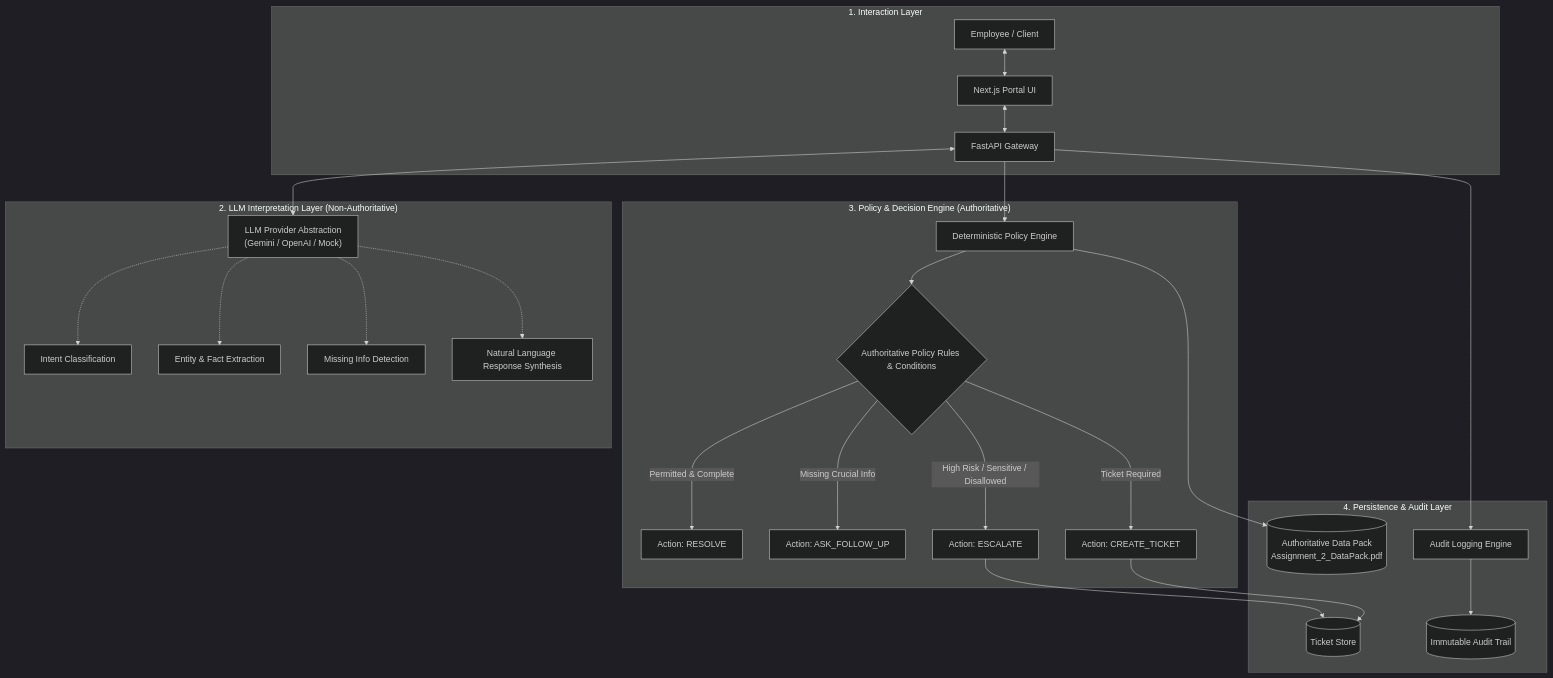
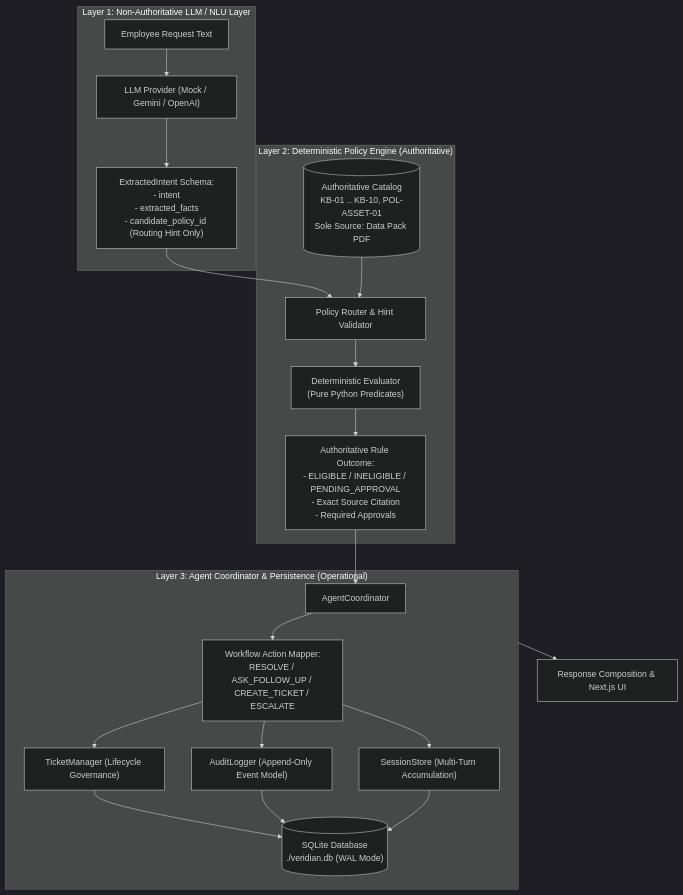
Before and after one commit to Prince9871-dev/VeridianAgent: the first of 2 diagrams in docs/ARCHITECTURE.md, drawn with Mermaid (dark theme). The commit also changed other lines of this file and 23 other files, not shown here.

Commit message:
feat: complete Veridian Assist internal service agent

````diff
--- a/docs/ARCHITECTURE.md
+++ b/docs/ARCHITECTURE.md
@@ -16,32 +22,27 @@
 ```mermaid
 graph TD
-    subgraph EmployeeInteractionLayer ["1. Interaction Layer"]
-        Employee["Employee / Client"] <--> Frontend["Next.js Portal UI"]
-        Frontend <--> API["FastAPI Gateway"]
+    subgraph Layer1 ["Layer 1: Non-Authoritative LLM / NLU Layer"]
+        EmployeeMsg["Employee Request Text"] --> LLMProvider["LLM Provider (Mock / Gemini / OpenAI)"]
+        LLMProvider --> ExtractedIntent["ExtractedIntent Schema:<br/>- intent<br/>- extracted_facts<br/>- candidate_policy_id (Routing Hint Only)"]
     end
 
-    subgraph LLMInterpretationLayer ["2. LLM Interpretation Layer (Non-Authoritative)"]
-        API <--> LLM["LLM Provider Abstraction<br/>(Gemini / OpenAI / Mock)"]
-        LLM -.-> Intent["Intent Classification"]
-        LLM -.-> Extraction["Entity & Fact Extraction"]
-        LLM -.-> Missing["Missing Info Detection"]
-        LLM -.-> NLSynthesis["Natural Language Response Synthesis"]
+    subgraph Layer2 ["Layer 2: Deterministic Policy Engine (Authoritative)"]
+        ExtractedIntent --> PolicyRouter["Policy Router & Hint Validator"]
+        PolicyCatalog[("Authoritative Catalog<br/>KB-01 .. KB-10, POL-ASSET-01<br/>Sole Source: Data Pack PDF")] --> PolicyRouter
+        PolicyRouter --> Evaluator["Deterministic Evaluator<br/>(Pure Python Predicates)"]
+        Evaluator --> Outcome["Authoritative Rule Outcome:<br/>- ELIGIBLE / INELIGIBLE / PENDING_APPROVAL<br/>- Exact Source Citation<br/>- Required Approvals"]
     end
 
-    subgraph PolicyDecisionLayer ["3. Policy & Decision Engine (Authoritative)"]
-        API --> Engine["Deterministic Policy Engine"]
-        Engine --> RuleCheck{"Authoritative Policy Rules & Conditions"}
-        RuleCheck -->|"Permitted & Complete"| ActResolve["Action: RESOLVE"]
-        RuleCheck -->|"Missing Crucial Info"| ActFollowUp["Action: ASK_FOLLOW_UP"]
-        RuleCheck -->|"High Risk / Sensitive / Disallowed"| ActEscalate["Action: ESCALATE"]
-        RuleCheck -->|"Ticket Required"| ActTicket["Action: CREATE_TICKET"]
+    subgraph Layer3 ["Layer 3: Agent Coordinator & Persistence (Operational)"]
+        Outcome --> Coordinator["AgentCoordinator"]
+        Coordinator --> ActionMap["Workflow Action Mapper:<br/>RESOLVE / ASK_FOLLOW_UP / CREATE_TICKET / ESCALATE"]
+        ActionMap --> TicketMgr["TicketManager (Lifecycle Governance)"]
+        ActionMap --> AuditLogger["AuditLogger (Append-Only Event Model)"]
+        ActionMap --> SessionStore["SessionStore (Multi-Turn Accumulation)"]
+        TicketMgr --> SQLite[("SQLite Database<br/>./veridian.db (WAL Mode)")]
+        AuditLogger --> SQLite
+        SessionStore --> SQLite
     end
 
-    subgraph PersistenceLayer ["4. Persistence & Audit Layer"]
-        ActTicket --> TicketDB[("Ticket Store")]
-        ActEscalate --> TicketDB
-        API --> AuditLogger["Audit Logging Engine"]
-        AuditLogger --> AuditTrail[("Immutable Audit Trail")]
-        Engine --> DataPack[("Authoritative Data Pack<br/>Assignment_2_DataPack.pdf")]
-    end
+    Layer3 --> ResponseComposition["Response Composition & Next.js UI"]
 ```
````
